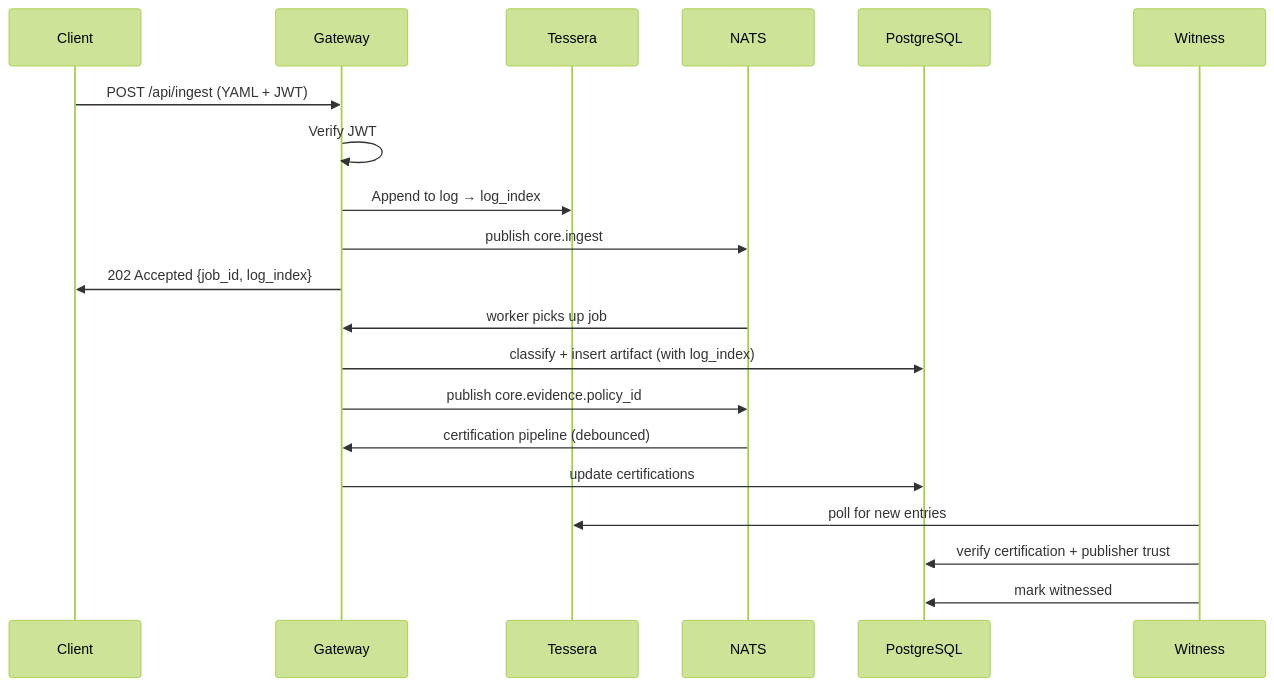
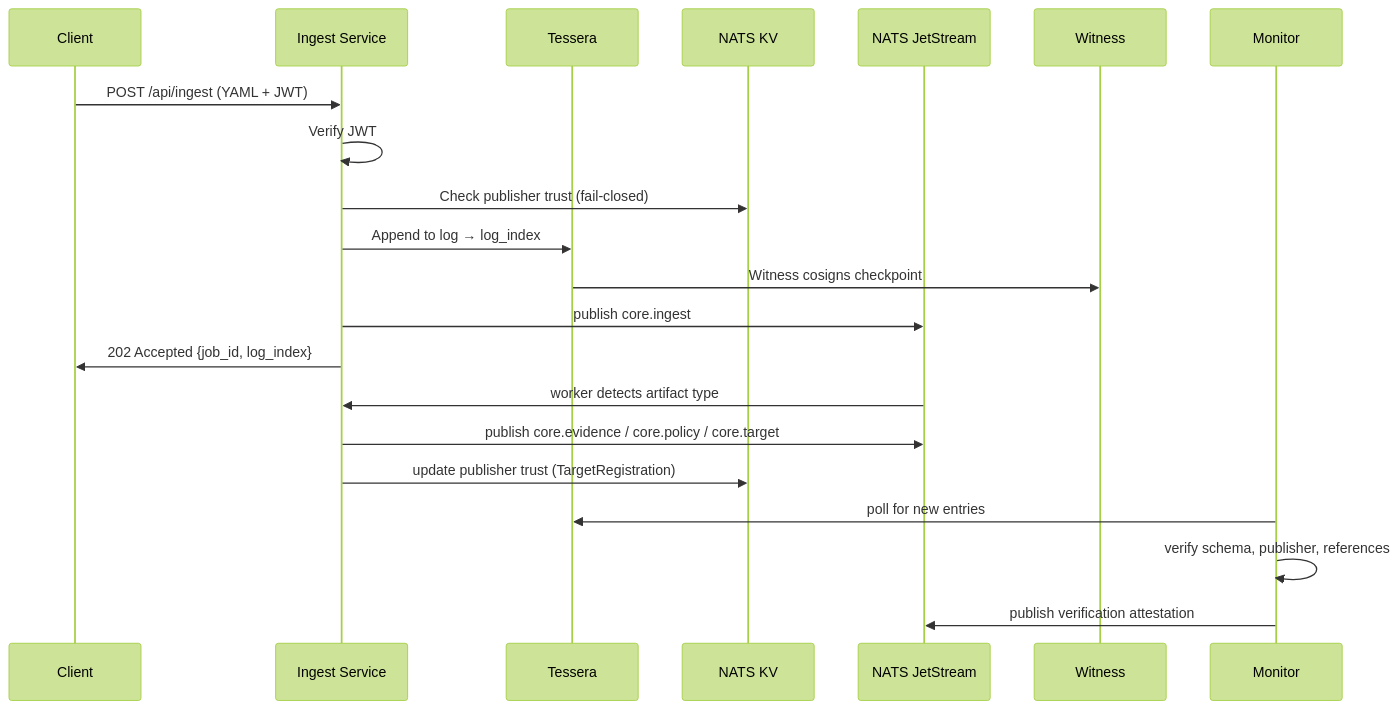
Before and after one commit to complytime-labs/complytime-core: the second of 2 diagrams in docs/architecture.md, drawn with Mermaid (forest theme). The commit also changed other lines of this file and 146 other files, not shown here.

First line of the commit message:
feat: remove PostgreSQL — ComplyTime Ingest (#128) (#149)

````diff
--- a/docs/architecture.md
+++ b/docs/architecture.md
@@ -119,23 +97,24 @@
 ```mermaid
 sequenceDiagram
   participant C as Client
-  participant G as Gateway
+  participant I as Ingest Service
   participant T as Tessera
-  participant N as NATS
-  participant PG as PostgreSQL
+  participant KV as NATS KV
+  participant N as NATS JetStream
   participant W as Witness
+  participant M as Monitor
 
-  C->>G: POST /api/ingest (YAML + JWT)
-  G->>G: Verify JWT
-  G->>T: Append to log → log_index
-  G->>N: publish core.ingest
-  G->>C: 202 Accepted {job_id, log_index}
-  N->>G: worker picks up job
-  G->>PG: classify + insert artifact (with log_index)
-  G->>N: publish core.evidence.policy_id
-  N->>G: certification pipeline (debounced)
-  G->>PG: update certifications
-  W->>T: poll for new entries
-  W->>PG: verify certification + publisher trust
-  W->>PG: mark witnessed
+  C->>I: POST /api/ingest (YAML + JWT)
+  I->>I: Verify JWT
+  I->>KV: Check publisher trust (fail-closed)
+  I->>T: Append to log → log_index
+  T->>W: Witness cosigns checkpoint
+  I->>N: publish core.ingest
+  I->>C: 202 Accepted {job_id, log_index}
+  N->>I: worker detects artifact type
+  I->>N: publish core.evidence / core.policy / core.target
+  I->>KV: update publisher trust (TargetRegistration)
+  M->>T: poll for new entries
+  M->>M: verify schema, publisher, references
+  M->>N: publish verification attestation
 ```
````
